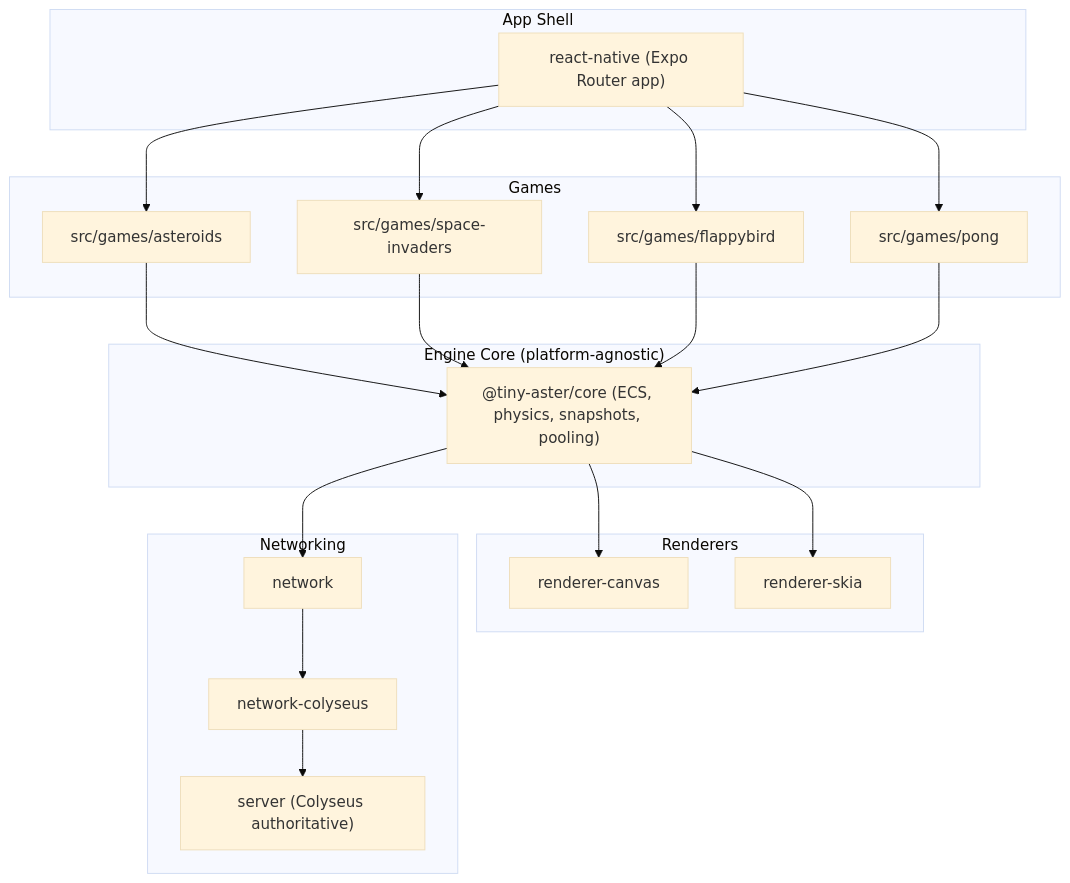
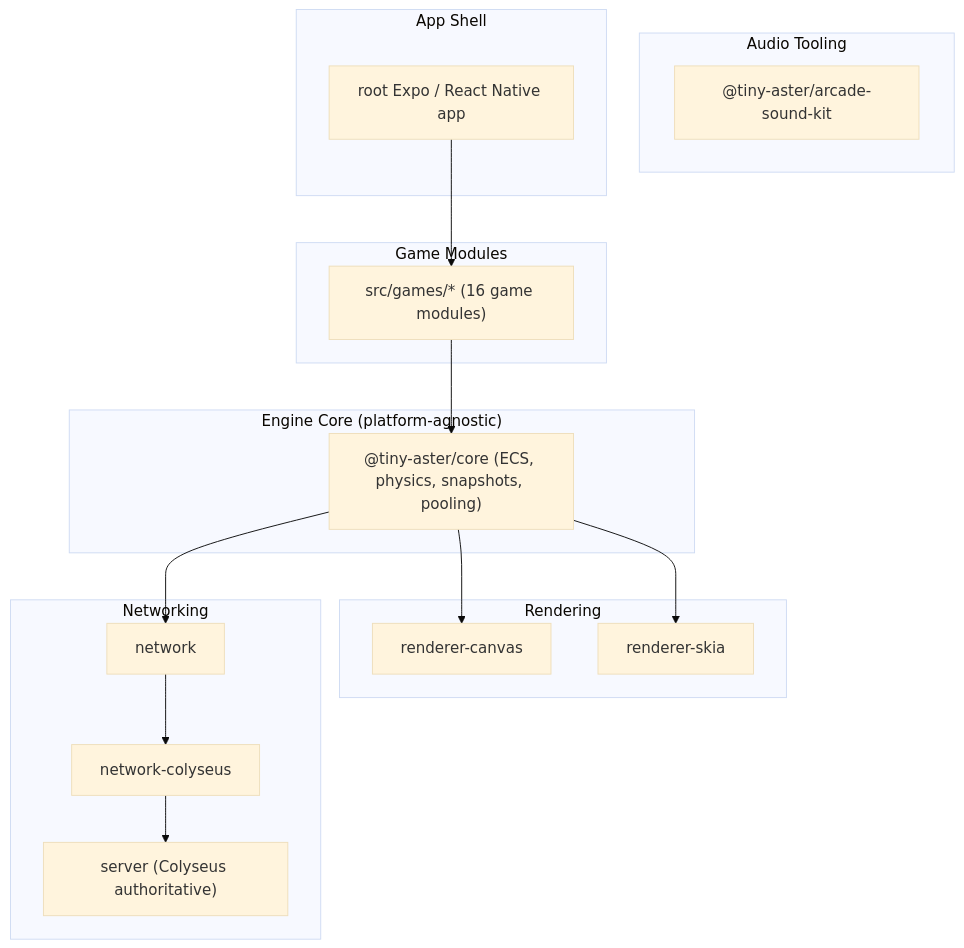
The diagram in README.md (xavirodriguez/ArcadeGames), drawn with Mermaid (base theme) before and after one commit. The commit also changed other lines of this file, not shown here.

````diff
--- a/README.md
+++ b/README.md
@@ -25,42 +25,37 @@
 ```mermaid
 flowchart TD
-    subgraph "Games"
-        A["src/games/asteroids"]
-        B["src/games/space-invaders"]
-        C["src/games/flappybird"]
-        D["src/games/pong"]
+    subgraph "Game Modules"
+        GAMES["src/games/* (16 game modules)"]
     end
 
     subgraph "Engine Core (platform-agnostic)"
         CORE["@tiny-aster/core (ECS, physics, snapshots, pooling)"]
     end
 
-    subgraph "Renderers"
+    subgraph "Rendering"
         RC["renderer-canvas"]
         RS["renderer-skia"]
     end
 
     subgraph "Networking"
         NET["network"]
         NETCOL["network-colyseus"]
         SERVER["server (Colyseus authoritative)"]
     end
 
-    subgraph "App Shell"
-        RN["react-native (Expo Router app)"]
+    subgraph "Audio Tooling"
+        SOUND["@tiny-aster/arcade-sound-kit"]
     end
 
-    A --> CORE
-    B --> CORE
-    C --> CORE
-    D --> CORE
+    subgraph "App Shell"
+        RN["root Expo / React Native app"]
+    end
+
+    GAMES --> CORE
     CORE --> RC
     CORE --> RS
     CORE --> NET
     NET --> NETCOL
     NETCOL --> SERVER
-    RN --> A
-    RN --> B
-    RN --> C
-    RN --> D
+    RN --> GAMES
 ```
````
